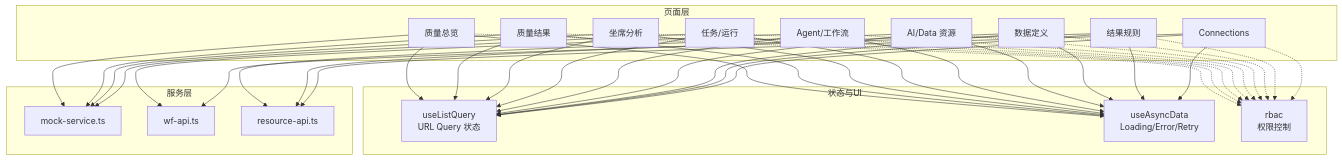
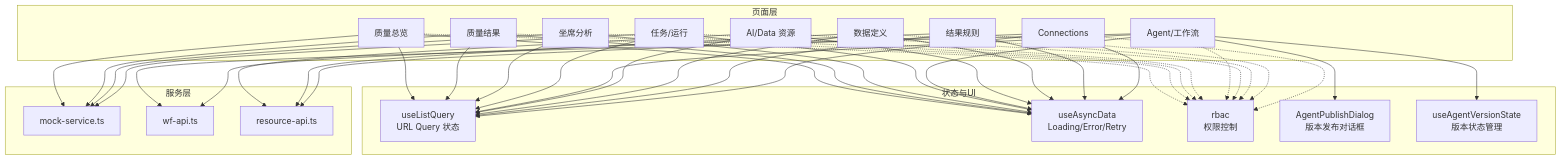
Before and after one commit to huiliuxu780/MoreThanCorn: the second of 4 diagrams in .qoder/repowiki/zh/content/前端架构与页面清单.md, drawn with Mermaid. The commit also changed other lines of this file and 136 other files, not shown here.

````diff
--- a/.qoder/repowiki/zh/content/前端架构与页面清单.md
+++ b/.qoder/repowiki/zh/content/前端架构与页面清单.md
@@ -96,60 +108,64 @@
 ```mermaid
 graph TB
 subgraph "页面层"
 QO["质量总览"]
 QR["质量结果"]
 AA["坐席分析"]
 TK["任务/运行"]
 AG["Agent/工作流"]
 RS["AI/Data 资源"]
 DR["数据定义"]
 RR["结果规则"]
 CN["Connections"]
 end
 subgraph "状态与UI"
 ULQ["useListQuery<br/>URL Query 状态"]
 UAD["useAsyncData<br/>Loading/Error/Retry"]
 RBAC["rbac<br/>权限控制"]
+APD["AgentPublishDialog<br/>版本发布对话框"]
+AVS["useAgentVersionState<br/>版本状态管理"]
 end
 subgraph "服务层"
 MS["mock-service.ts"]
 WFA["wf-api.ts"]
 RA["resource-api.ts"]
 end
 QO --> ULQ
 QR --> ULQ
 AA --> ULQ
 TK --> ULQ
 AG --> ULQ
 RS --> ULQ
 DR --> ULQ
 RR --> ULQ
 CN --> ULQ
 QO --> UAD
 QR --> UAD
 AA --> UAD
 TK --> UAD
 AG --> UAD
 RS --> UAD
 DR --> UAD
 RR --> UAD
 CN --> UAD
 QO --> MS
 QR --> MS
 AA --> MS
 TK --> MS
 AG --> WFA
 RS --> RA
 DR --> RA
 RR --> WFA
 CN --> RA
 QO -.-> RBAC
 QR -.-> RBAC
 AA -.-> RBAC
 TK -.-> RBAC
 AG -.-> RBAC
 RS -.-> RBAC
 DR -.-> RBAC
 RR -.-> RBAC
 CN -.-> RBAC
+AG --> APD
+AG --> AVS
 ```
````
